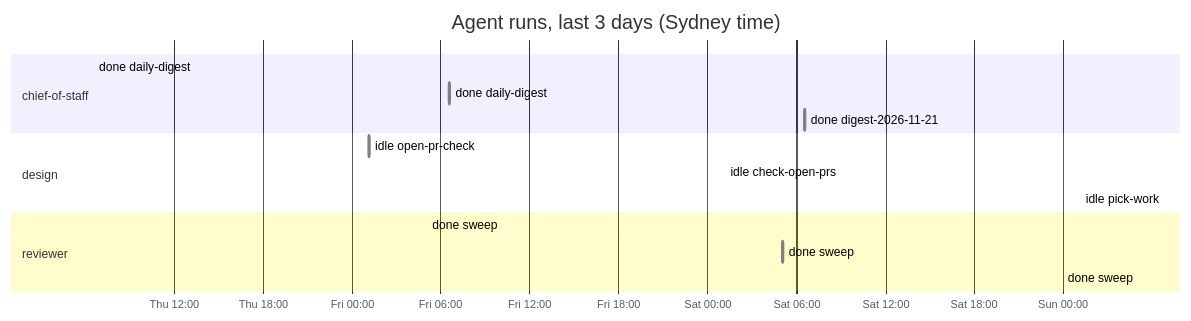
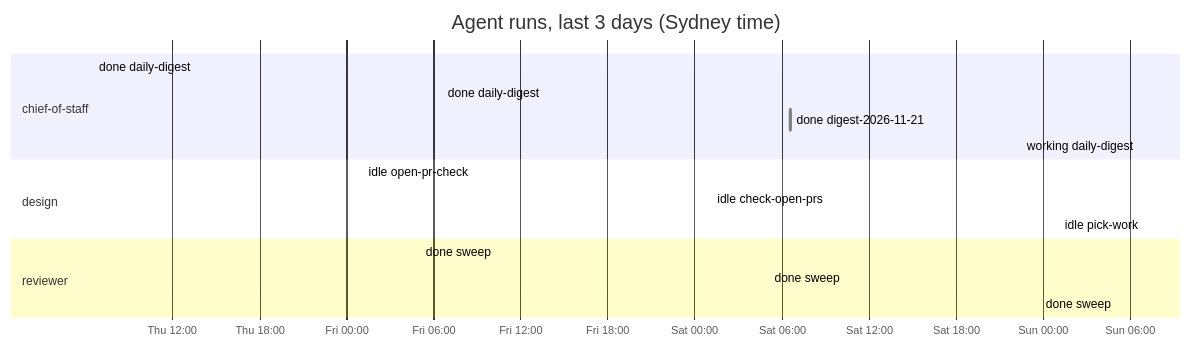
One commit to roulmediateam-byte/fifteen-expert-hq changed the diagram in dashboard.md. Above: the diagram before and after it, drawn with Mermaid. The commit also changed other lines of this file and 1 other file, not shown here.

````diff
--- a/dashboard.md
+++ b/dashboard.md
@@ -48,18 +48,19 @@
 ```mermaid
 gantt
     title Agent runs, last 3 days (Sydney time)
     dateFormat YYYY-MM-DD HH:mm
     axisFormat %a %H:%M
     section chief-of-staff
     done daily-digest :done, 2026-11-19 06:35, 2026-11-19 06:36
     done daily-digest :done, 2026-11-20 06:35, 2026-11-20 06:37
     done digest-2026-11-21 :done, 2026-11-21 06:34, 2026-11-21 06:36
+    working daily-digest :active, 2026-11-22 06:34, 2026-11-22 06:35
     section design
     idle open-pr-check :done, 2026-11-20 01:10, 2026-11-20 01:11
     idle check-open-prs :done, 2026-11-21 01:10, 2026-11-21 01:11
     idle pick-work :done, 2026-11-22 01:08, 2026-11-22 01:08
     section reviewer
     done sweep :done, 2026-11-20 05:05, 2026-11-20 05:05
     done sweep :done, 2026-11-21 05:05, 2026-11-21 05:06
     done sweep :done, 2026-11-22 05:05, 2026-11-22 05:06
 ```
````
